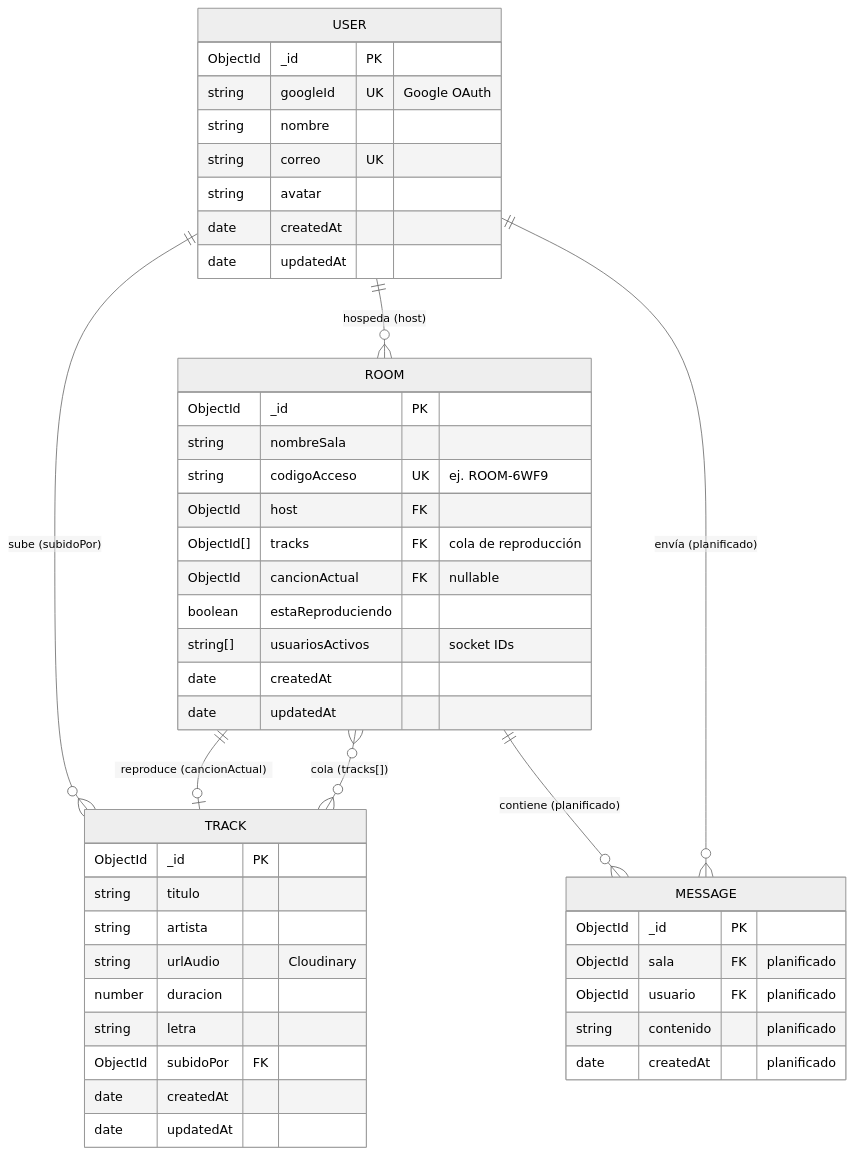
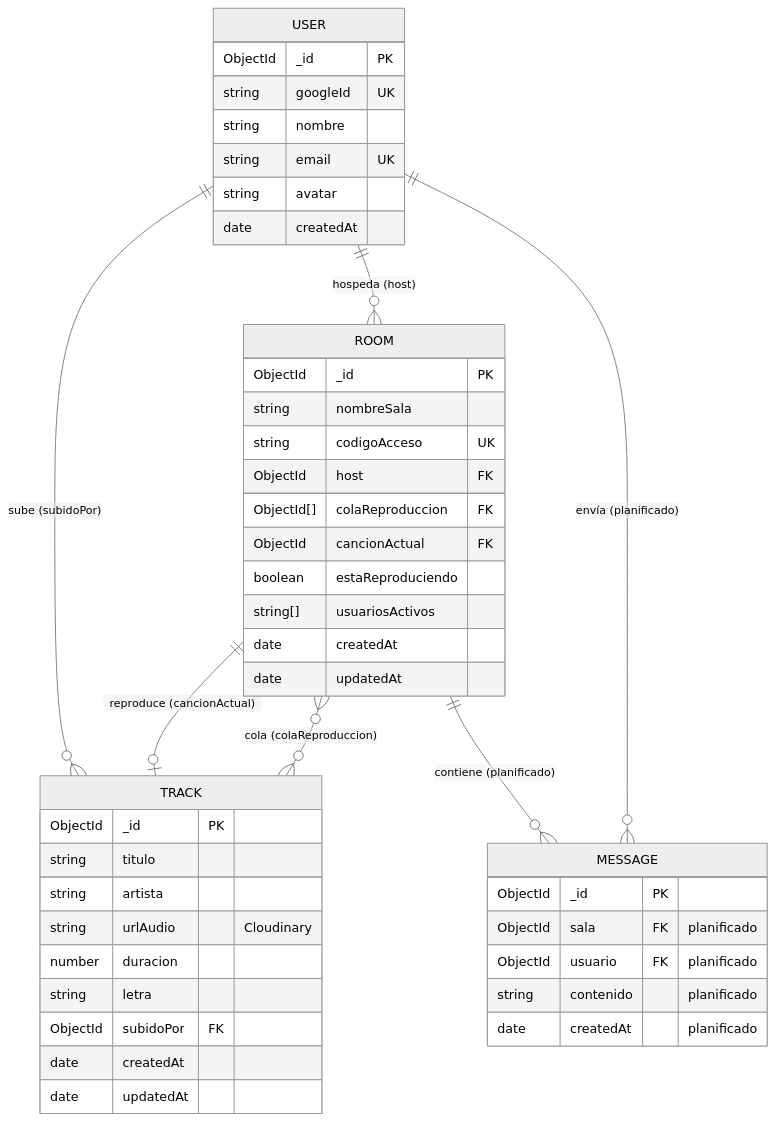
One commit to g2Ramiro/SonusRoomproject changed the diagram in README.md. Above: the diagram before and after it, drawn with Mermaid (neutral theme). The commit also changed other lines of this file and 1 other file, not shown here.

````diff
--- a/README.md
+++ b/README.md
@@ -126,52 +177,51 @@
 ```mermaid
 erDiagram
     USER ||--o{ TRACK : "sube (subidoPor)"
     USER ||--o{ ROOM : "hospeda (host)"
     USER ||--o{ MESSAGE : "envía (planificado)"
     ROOM ||--o| TRACK : "reproduce (cancionActual)"
-    ROOM }o--o{ TRACK : "cola (tracks[])"
+    ROOM }o--o{ TRACK : "cola (colaReproduccion)"
     ROOM ||--o{ MESSAGE : "contiene (planificado)"
 
     USER {
         ObjectId _id PK
-        string googleId UK "Google OAuth"
+        string googleId UK
         string nombre
-        string correo UK
+        string email UK
         string avatar
         date createdAt
-        date updatedAt
     }
 
     TRACK {
         ObjectId _id PK
         string titulo
         string artista
         string urlAudio "Cloudinary"
         number duracion
         string letra
         ObjectId subidoPor FK
         date createdAt
         date updatedAt
     }
 
     ROOM {
         ObjectId _id PK
         string nombreSala
-        string codigoAcceso UK "ej. ROOM-6WF9"
+        string codigoAcceso UK
         ObjectId host FK
-        ObjectId[] tracks FK "cola de reproducción"
-        ObjectId cancionActual FK "nullable"
+        ObjectId[] colaReproduccion FK
+        ObjectId cancionActual FK
         boolean estaReproduciendo
-        string[] usuariosActivos "socket IDs"
+        string[] usuariosActivos
         date createdAt
         date updatedAt
     }
 
     MESSAGE {
         ObjectId _id PK
         ObjectId sala FK "planificado"
         ObjectId usuario FK "planificado"
         string contenido "planificado"
         date createdAt "planificado"
     }
 ```
````
